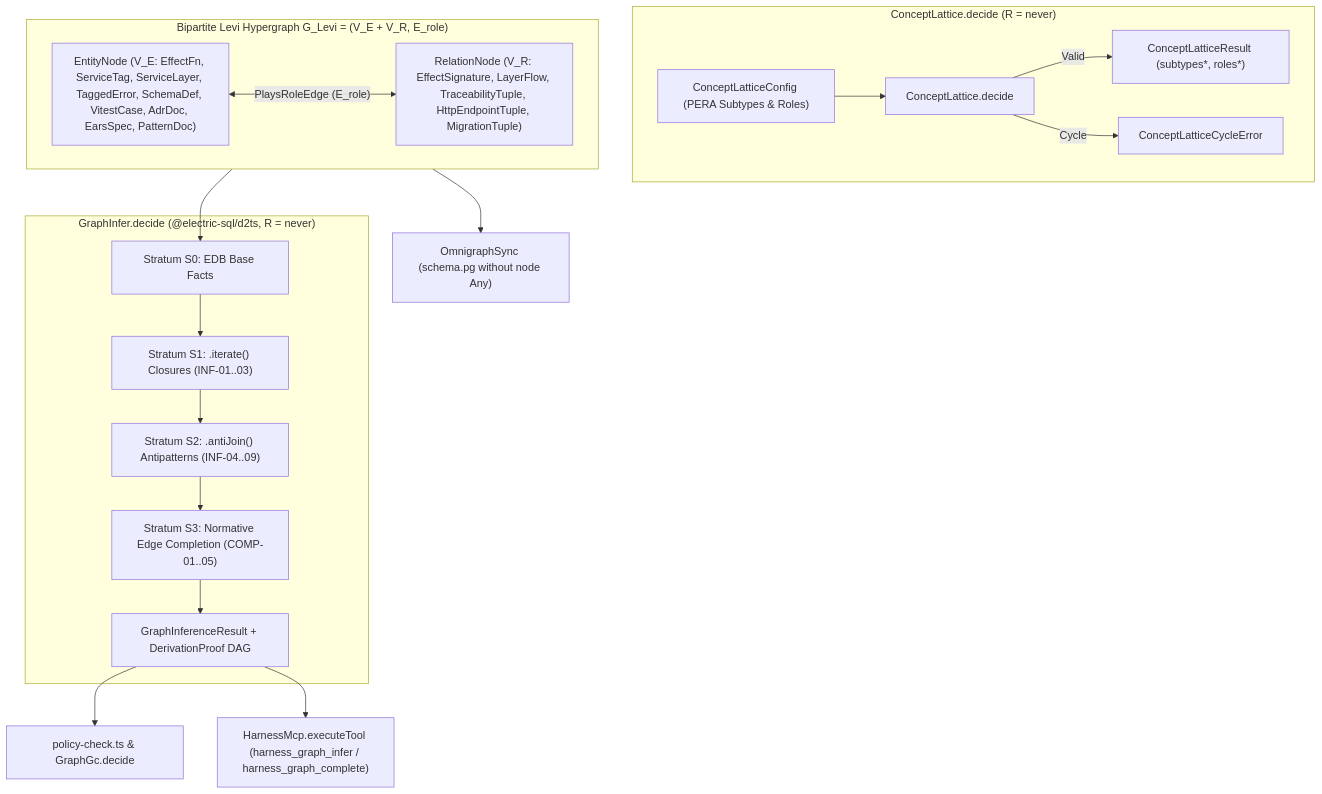
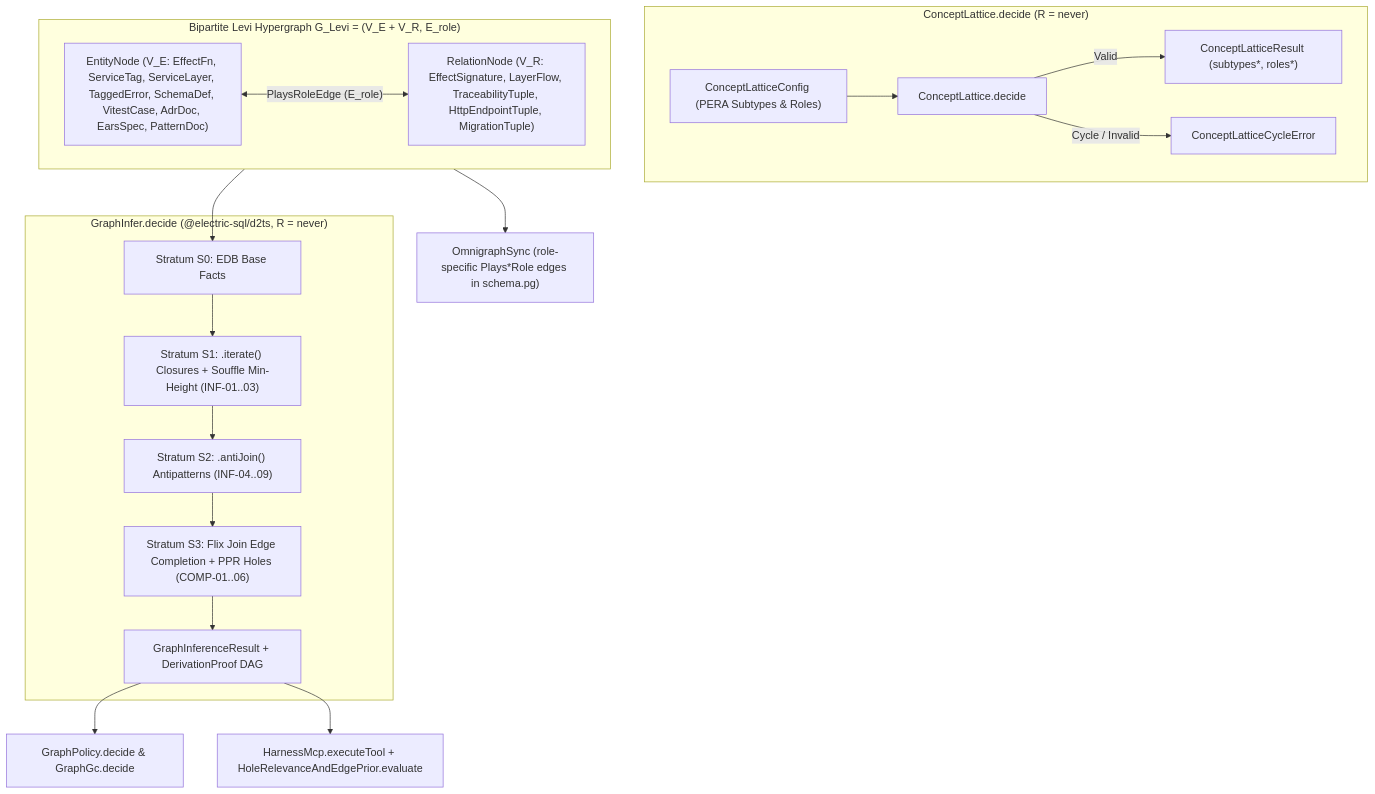
Before and after one commit to selmeci/effect-ts-harness: the diagram in libs/harness/docs/specs/2026-11-06-polymorphic-hypergraph-and-datalog-inference.md, drawn with Mermaid. The commit also changed other lines of this file and 29 other files, not shown here.

Commit message:
fix(graph,gates,decision,mcp): resolve all 34 review findings on PERA hypergraph and Datalog engine

````diff
--- a/libs/harness/docs/specs/2026-11-06-polymorphic-hypergraph-and-datalog-inference.md
+++ b/libs/harness/docs/specs/2026-11-06-polymorphic-hypergraph-and-datalog-inference.md
@@ -98,26 +108,26 @@
 ```mermaid
 flowchart TD
     subgraph Ontology["ConceptLattice.decide (R = never)"]
         CL["ConceptLatticeConfig (PERA Subtypes & Roles)"] --> CLDecide["ConceptLattice.decide"]
         CLDecide -->|Valid| CLRes["ConceptLatticeResult (subtypes*, roles*)"]
-        CLDecide -->|Cycle| CLErr["ConceptLatticeCycleError"]
+        CLDecide -->|Cycle / Invalid| CLErr["ConceptLatticeCycleError"]
     end
 
     subgraph LeviHypergraph["Bipartite Levi Hypergraph G_Levi = (V_E + V_R, E_role)"]
         VE["EntityNode (V_E: EffectFn, ServiceTag, ServiceLayer, TaggedError, SchemaDef, VitestCase, AdrDoc, EarsSpec, PatternDoc)"]
         VR["RelationNode (V_R: EffectSignature, LayerFlow, TraceabilityTuple, HttpEndpointTuple, MigrationTuple)"]
         VE <-->|"PlaysRoleEdge (E_role)"| VR
     end
 
     subgraph Datalog["GraphInfer.decide (@electric-sql/d2ts, R = never)"]
-        S0["Stratum S0: EDB Base Facts"] --> S1["Stratum S1: .iterate() Closures (INF-01..03)"]
+        S0["Stratum S0: EDB Base Facts"] --> S1["Stratum S1: .iterate() Closures + Souffle Min-Height (INF-01..03)"]
         S1 --> S2["Stratum S2: .antiJoin() Antipatterns (INF-04..09)"]
-        S2 --> S3["Stratum S3: Normative Edge Completion (COMP-01..05)"]
+        S2 --> S3["Stratum S3: Flix Join Edge Completion + PPR Holes (COMP-01..06)"]
         S3 --> Proof["GraphInferenceResult + DerivationProof DAG"]
     end
 
     LeviHypergraph --> S0
-    Proof --> Policy["policy-check.ts & GraphGc.decide"]
-    Proof --> MCP["HarnessMcp.executeTool (harness_graph_infer / harness_graph_complete)"]
-    LeviHypergraph --> Omni["OmnigraphSync (schema.pg without node Any)"]
+    Proof --> Policy["GraphPolicy.decide & GraphGc.decide"]
+    Proof --> MCP["HarnessMcp.executeTool + HoleRelevanceAndEdgePrior.evaluate"]
+    LeviHypergraph --> Omni["OmnigraphSync (role-specific Plays*Role edges in schema.pg)"]
 ```
````
